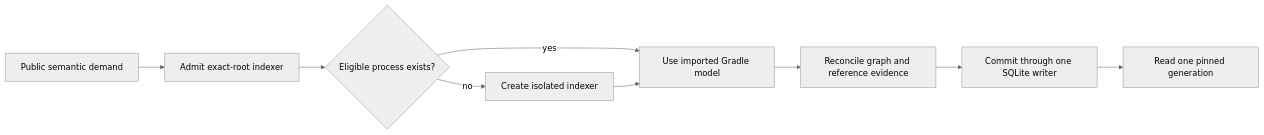
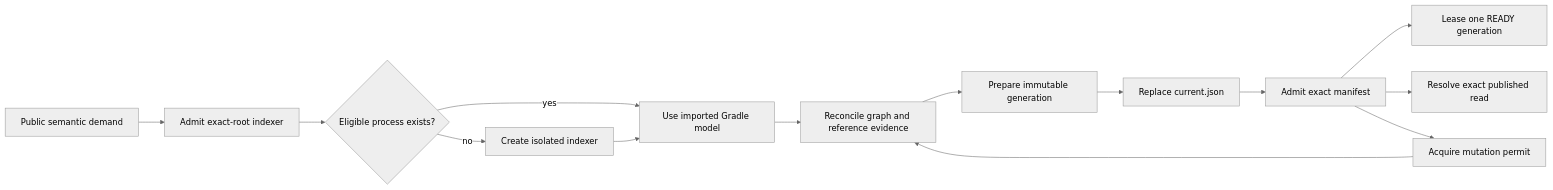
Before and after one commit to amichne/kast: the diagram in docs/internal/indexer/index.md, drawn with Mermaid (neutral theme). The commit also changed other lines of this file and 193 other files, not shown here.

````diff
--- a/docs/internal/indexer/index.md
+++ b/docs/internal/indexer/index.md
@@ -11,11 +11,16 @@
 ```mermaid
 flowchart LR
     demand["Public semantic demand"] --> admit["Admit exact-root indexer"]
     admit --> reuse{"Eligible process exists?"}
     reuse -- "yes" --> gradle["Use imported Gradle model"]
     reuse -- "no" --> launch["Create isolated indexer"]
     launch --> gradle
     gradle --> index["Reconcile graph and reference evidence"]
-    index --> store["Commit through one SQLite writer"]
-    store --> query["Read one pinned generation"]
+    index --> prepare["Prepare immutable generation"]
+    prepare --> pointer["Replace current.json"]
+    pointer --> ready["Admit exact manifest"]
+    ready --> kotlin["Lease one READY generation"]
+    ready --> rust["Resolve exact published read"]
+    ready --> mutation["Acquire mutation permit"]
+    mutation --> index
 ```
````
